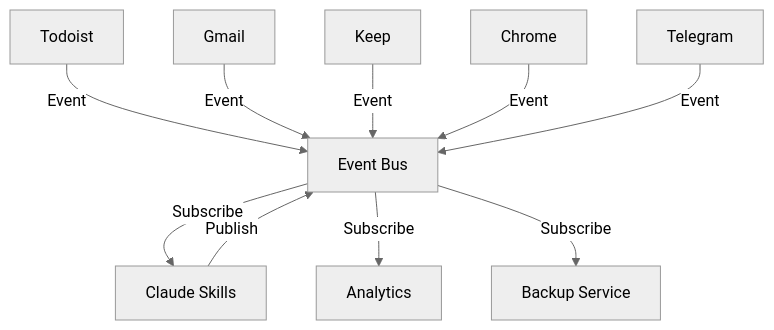
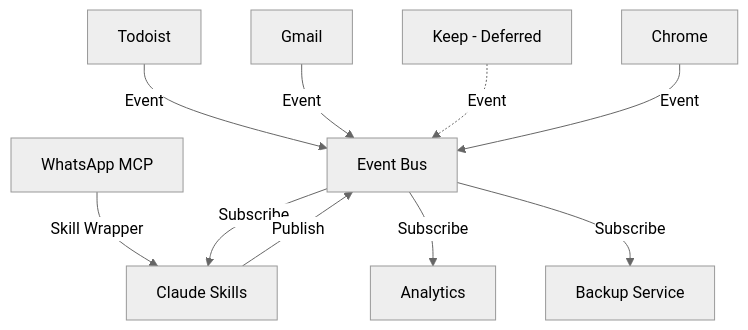
Before and after one commit to natea/ExoMind: the sixth of 7 diagrams in docs/integrations/integration-architecture.md, drawn with Mermaid (neutral theme). The commit also changed other lines of this file and 7 other files, not shown here.

````diff
--- a/docs/integrations/integration-architecture.md
+++ b/docs/integrations/integration-architecture.md
@@ -860,14 +806,14 @@
 ```mermaid
 graph TB
     A[Todoist] -->|Event| E[Event Bus]
     B[Gmail] -->|Event| E
-    C[Keep] -->|Event| E
+    C[Keep - Deferred] -.->|Event| E
     D[Chrome] -->|Event| E
-    F[Telegram] -->|Event| E
+    F[WhatsApp MCP] -->|Skill Wrapper| G[Claude Skills]
 
-    E -->|Subscribe| G[Claude Skills]
+    E -->|Subscribe| G
     E -->|Subscribe| H[Analytics]
     E -->|Subscribe| I[Backup Service]
 
     G -->|Publish| E
 ```
````
